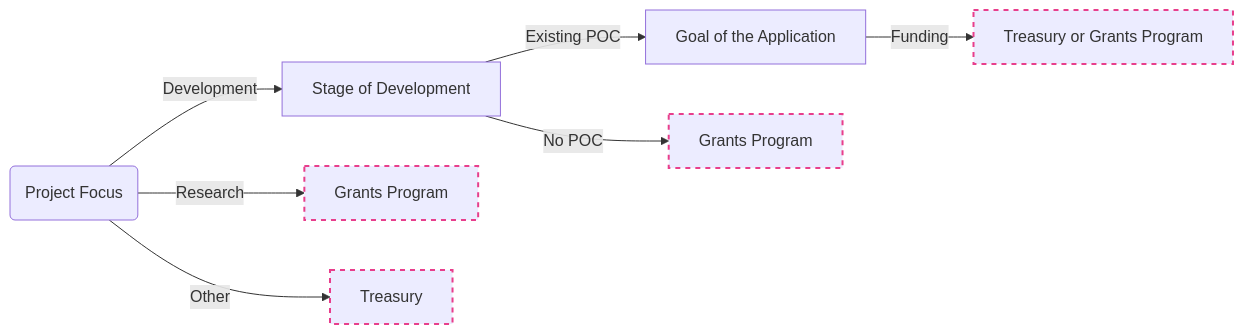
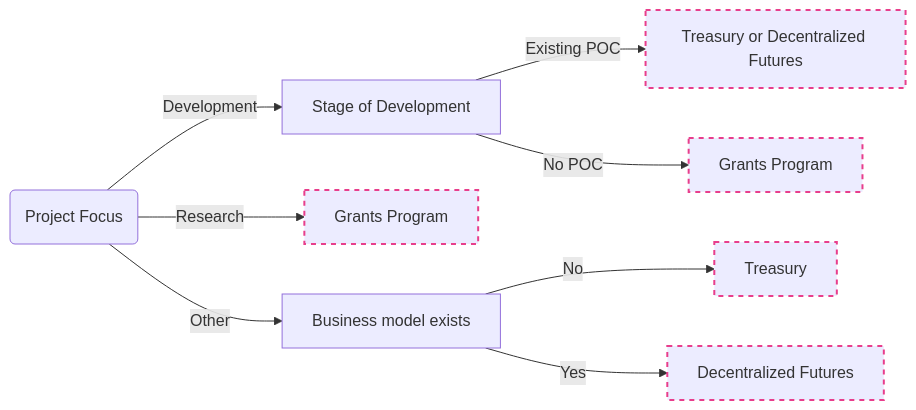
One commit to w3f/Grants-Program changed the diagram in docs/process.md. Above: the diagram before and after it, drawn with Mermaid.

Commit message:
Update funding opportunities diagram

````diff
--- a/docs/process.md
+++ b/docs/process.md
@@ -13,18 +13,21 @@
 ```mermaid
 flowchart LR
     A(Project Focus)
     A -->|Development| B[Stage of Development]
     A -->|Research| C[Grants Program]
-    A -->|Other| D[Treasury]
-    B -->|Existing POC| E[Goal of the Application]
+    A -->|Other| D[Business model exists]
+    B -->|Existing POC| E[Treasury or Decentralized Futures]
     B -->|No POC| F[Grants Program]
-    E -->|Funding| G[Treasury or Grants Program]
+    D -->|No|H[Treasury]
+    D -->|Yes|J[Decentralized Futures]
     style C stroke:#e83e8c,stroke-width:2px,stroke-dasharray: 5 5
-    style D stroke:#e83e8c,stroke-width:2px,stroke-dasharray: 5 5
+    style E stroke:#e83e8c,stroke-width:2px,stroke-dasharray: 5 5
     style F stroke:#e83e8c,stroke-width:2px,stroke-dasharray: 5 5
-    style G stroke:#e83e8c,stroke-width:2px,stroke-dasharray: 5 5
+    style H stroke:#e83e8c,stroke-width:2px,stroke-dasharray: 5 5
+    style J stroke:#e83e8c,stroke-width:2px,stroke-dasharray: 5 5
     
     click C "Process/how-to-apply" "Apply now"
     click F "Process/how-to-apply" "Apply now"
-    click D "https://wiki.polkadot.network/docs/en/learn-treasury" "https://wiki.polkadot.network/docs/en/learn-treasury" _blank
+    click H "https://wiki.polkadot.network/docs/en/learn-treasury" "https://wiki.polkadot.network/docs/en/learn-treasury" _blank
+    click J "https://futures.web3.foundation/" "https://futures.web3.foundation/" _blank
 ```
````
